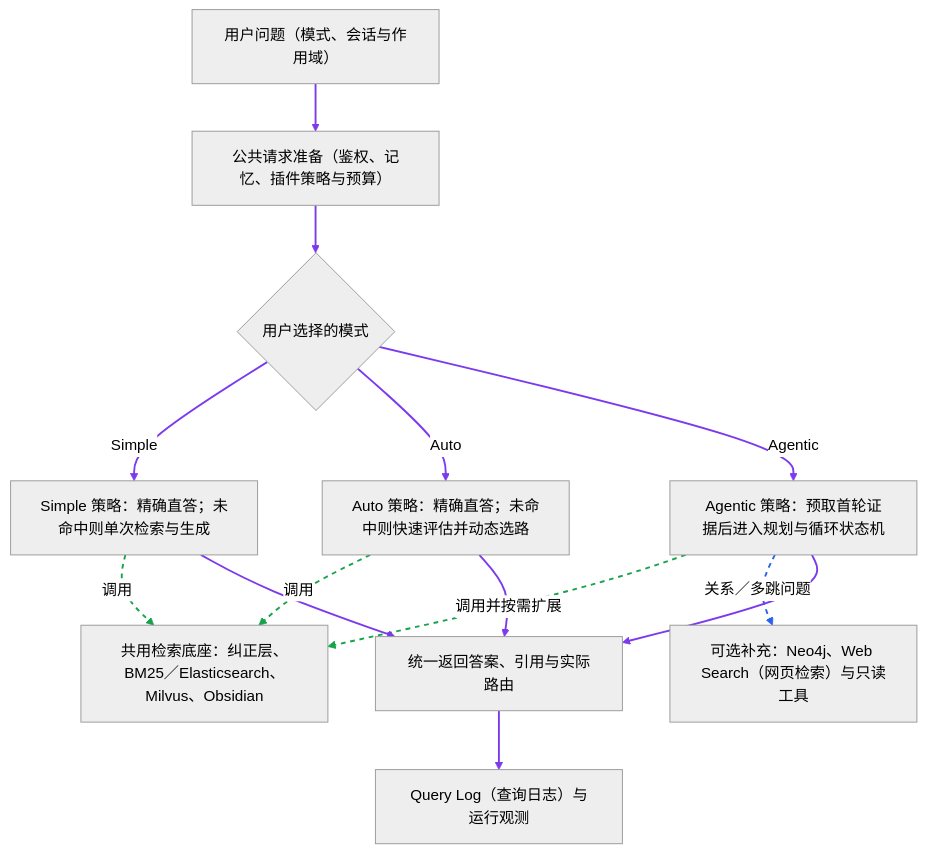
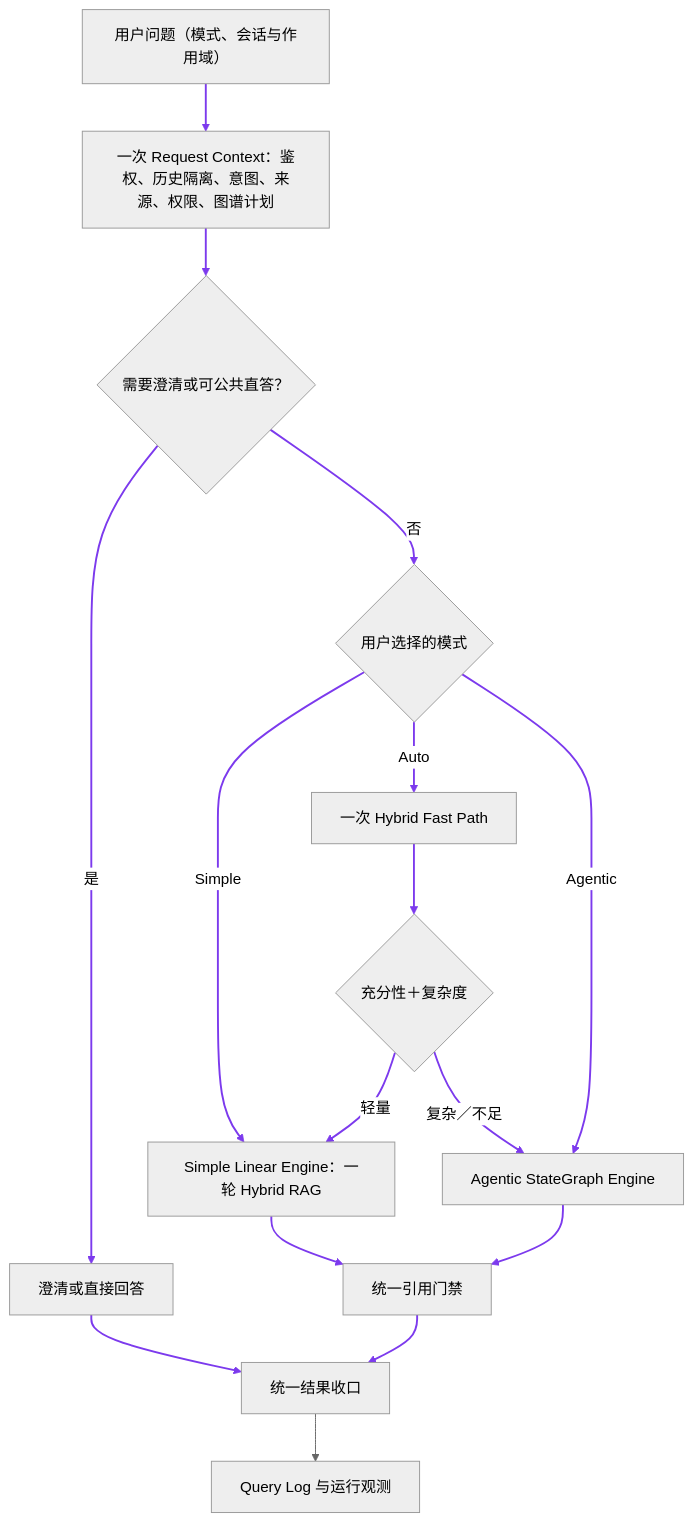
The third of 29 diagrams in docs/interview/功能步骤流程.md (monstereatai/RAG), drawn with Mermaid (neutral theme) before and after one commit. The commit also changed other lines of this file and 37 other files, not shown here.

````diff
--- a/docs/interview/功能步骤流程.md
+++ b/docs/interview/功能步骤流程.md
@@ -121,19 +186,19 @@
 ```mermaid
 flowchart TB
-  A[用户问题（模式、会话与作用域）] --> B[公共请求准备（鉴权、记忆、插件策略与预算）]
-  B --> C{用户选择的模式}
-  C -->|Simple| D[Simple 策略：精确直答；未命中则单次检索与生成]
-  C -->|Auto| E[Auto 策略：精确直答；未命中则快速评估并动态选路]
-  C -->|Agentic| F[Agentic 策略：预取首轮证据后进入规划与循环状态机]
-  D -. 调用 .-> G[共用检索底座：纠正层、BM25／Elasticsearch、Milvus、Obsidian]
-  E -. 调用 .-> G
-  F -. 调用并按需扩展 .-> G
-  F -. 关系／多跳问题 .-> H[可选补充：Neo4j、Web Search（网页检索）与只读工具]
-  D --> I[统一返回答案、引用与实际路由]
-  E --> I
-  F --> I
-  I --> J[Query Log（查询日志）与运行观测]
-  linkStyle 0,1,2,3,4,9,10,11,12 stroke:#7c3aed,stroke-width:2px
-  linkStyle 5,6,7 stroke:#16a34a,stroke-width:2px,stroke-dasharray:5 5
-  linkStyle 8 stroke:#2563eb,stroke-width:2px,stroke-dasharray:5 5
+  A[用户问题（模式、会话与作用域）] --> B[一次 Request Context：鉴权、历史隔离、意图、来源、权限、图谱计划]
+  B --> C{需要澄清或可公共直答？}
+  C -->|是| H[澄清或直接回答]
+  C -->|否| D{用户选择的模式}
+  D -->|Simple| E[Simple Linear Engine：一轮 Hybrid RAG]
+  D -->|Auto| F[一次 Hybrid Fast Path]
+  F --> G{充分性＋复杂度}
+  G -->|轻量| E
+  G -->|复杂／不足| I[Agentic StateGraph Engine]
+  D -->|Agentic| I
+  E --> J[统一引用门禁]
+  I --> J
+  H --> K[统一结果收口]
+  J --> K
+  K --> L[Query Log 与运行观测]
+  linkStyle 0,1,2,3,4,5,6,7,8,9,10,11,12,13 stroke:#7c3aed,stroke-width:2px
 ```
````
